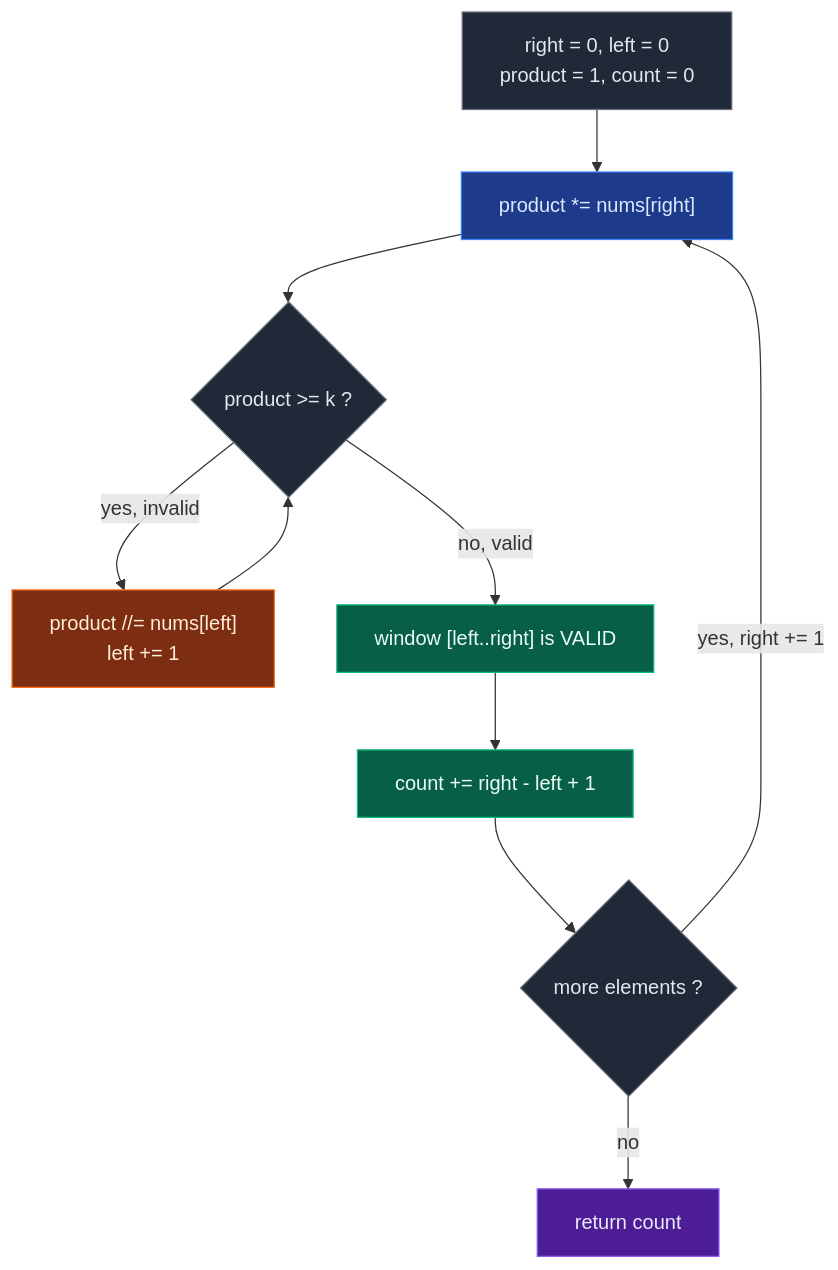
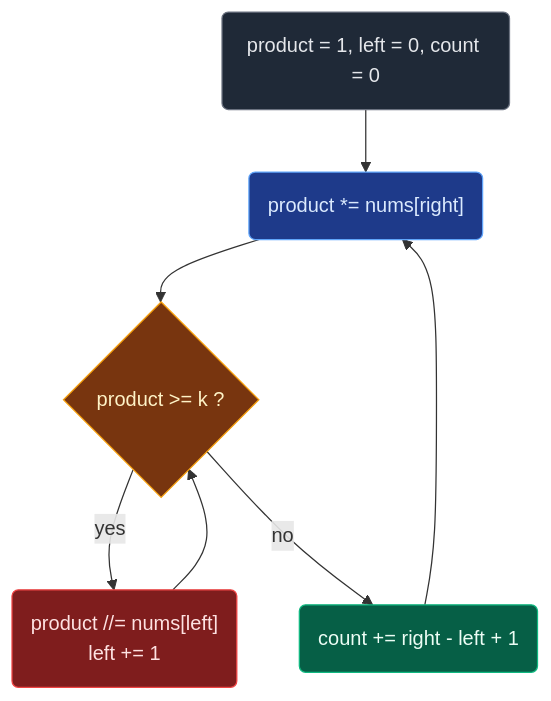
The fourth of 6 diagrams in 04. Sliding window/02. Basic/06. 713. Subarray Product Less Than K.md (ajay-nikumbh/dsa-notes), drawn with Mermaid before and after one commit. The commit also changed other lines of this file, not shown here.

First line of the commit message:
Sliding Window 07: rewrite 713 Subarray Product Less Than K

````diff
--- a/04. Sliding window/02. Basic/06. 713. Subarray Product Less Than K.md
+++ b/04. Sliding window/02. Basic/06. 713. Subarray Product Less Than K.md
@@ -106,29 +143,15 @@
 ```mermaid
 flowchart TD
-    A["right = 0, left = 0<br/>product = 1, count = 0"]:::start
-    B["product *= nums[right]"]:::expand
-    C{"product >= k ?"}:::check
-    D["product //= nums[left]<br/>left += 1"]:::shrink
-    E["window [left..right] is VALID"]:::valid
-    F["count += right - left + 1"]:::calc
-    G{"more elements ?"}:::check
-    H["return count"]:::done
-
-    A --> B
-    B --> C
-    C -- "yes, invalid" --> D
+    A("product = 1, left = 0, count = 0"):::start --> B("product *= nums[right]"):::expand
+    B --> C{"product >= k ?"}:::check
+    C -->|yes| D("product //= nums[left]<br/>left += 1"):::shrink
     D --> C
-    C -- "no, valid" --> E
-    E --> F
-    F --> G
-    G -- "yes, right += 1" --> B
-    G -- "no" --> H
+    C -->|no| F("count += right - left + 1"):::calc
+    F --> B
 
     classDef start fill:#1f2937,stroke:#6b7280,color:#e5e7eb
-    classDef expand fill:#1e3a8a,stroke:#3b82f6,color:#dbeafe
-    classDef shrink fill:#7c2d12,stroke:#f97316,color:#ffedd5
-    classDef check fill:#1f2937,stroke:#6b7280,color:#e5e7eb
-    classDef valid fill:#065f46,stroke:#10b981,color:#ecfdf5
+    classDef expand fill:#1e3a8a,stroke:#60a5fa,color:#dbeafe
+    classDef check fill:#78350f,stroke:#f59e0b,color:#fef3c7
+    classDef shrink fill:#7f1d1d,stroke:#ef4444,color:#fee2e2
     classDef calc fill:#065f46,stroke:#10b981,color:#ecfdf5
-    classDef done fill:#4c1d95,stroke:#8b5cf6,color:#ede9fe
 ```
````
